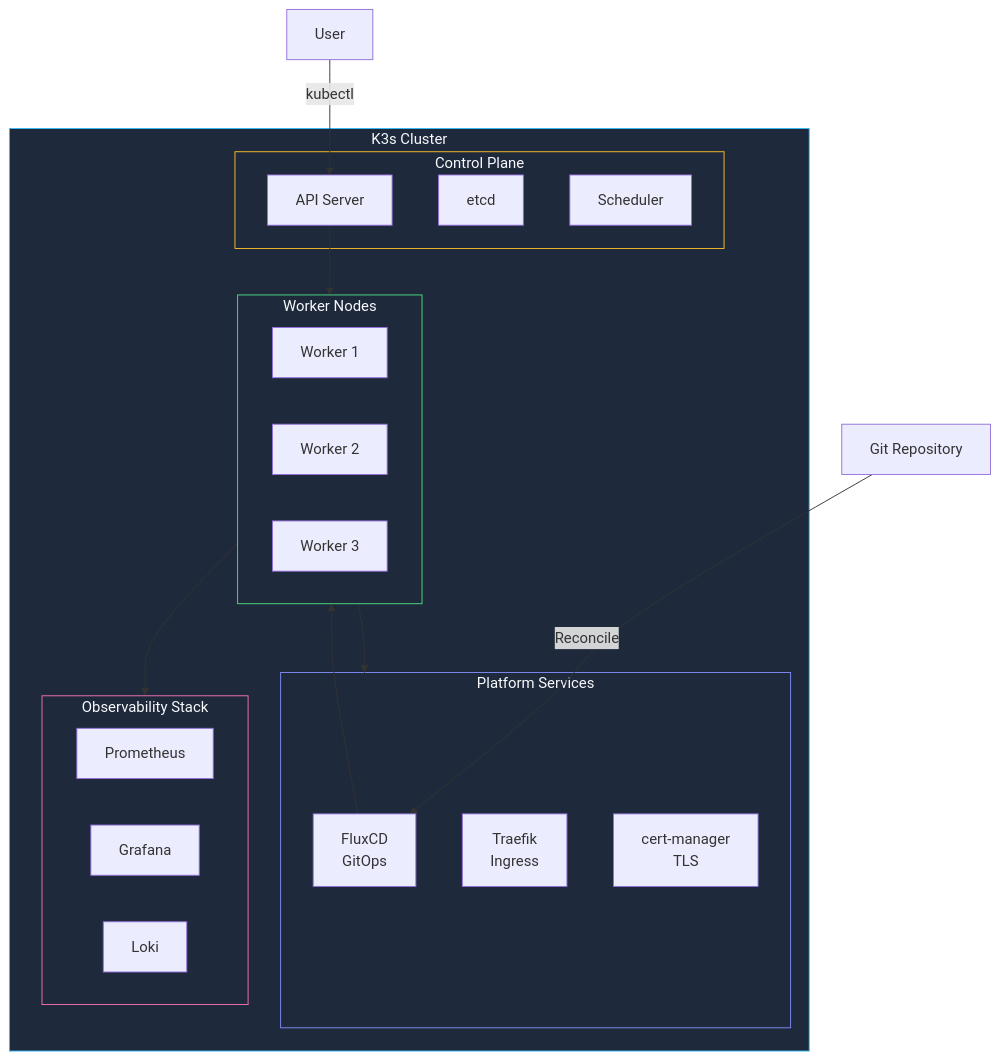
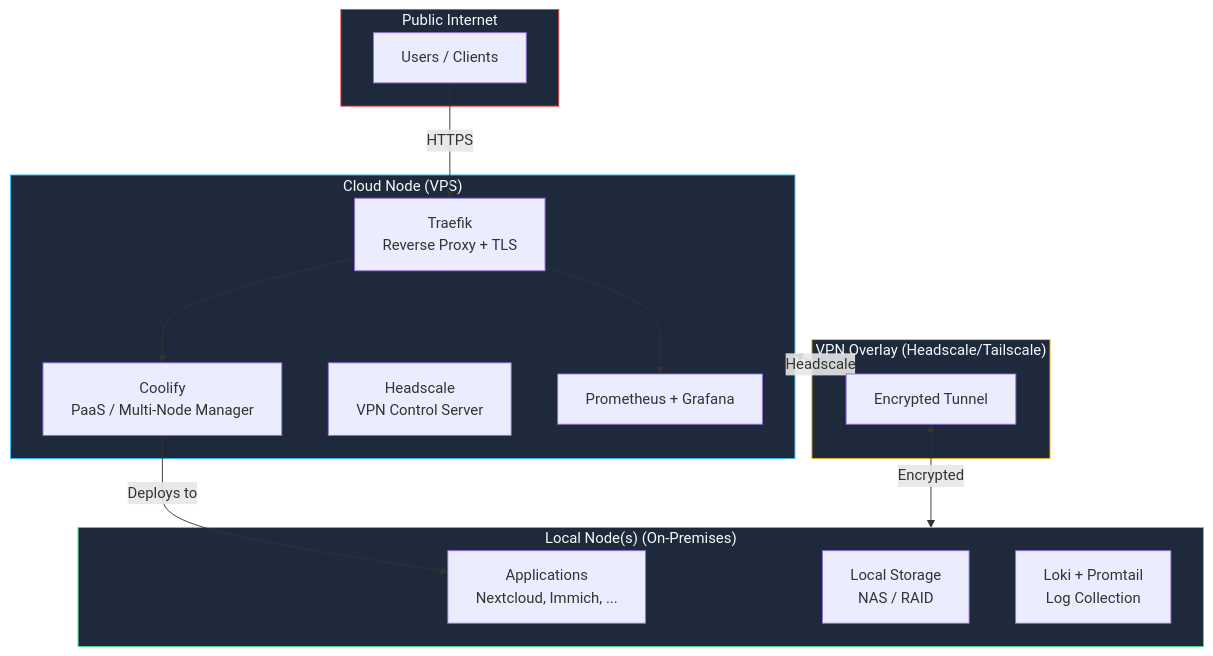
One commit to KombiverseLabs/docs changed the first of 3 diagrams in stackkits/kits/modern-homelab.mdx. Above: the diagram before and after it, drawn with Mermaid. The commit also changed other lines of this file and 35 other files, not shown here.

````diff
--- a/stackkits/kits/modern-homelab.mdx
+++ b/stackkits/kits/modern-homelab.mdx
@@ -13,44 +17,35 @@
 ```mermaid
 graph TB
-    subgraph Cluster["K3s Cluster"]
-        subgraph CP["Control Plane"]
-            API["API Server"]
-            ETCD["etcd"]
-            Sched["Scheduler"]
-        end
-        
-        subgraph Workers["Worker Nodes"]
-            W1["Worker 1"]
-            W2["Worker 2"]
-            W3["Worker 3"]
-        end
-        
-        subgraph Platform["Platform Services"]
-            Flux["FluxCD<br/>GitOps"]
-            Traefik["Traefik<br/>Ingress"]
-            Cert["cert-manager<br/>TLS"]
-        end
-        
-        subgraph Observability["Observability Stack"]
-            Prom["Prometheus"]
-            Graf["Grafana"]
-            Loki["Loki"]
-        end
+    subgraph Internet["Public Internet"]
+        Users["Users / Clients"]
     end
-    
-    Git["Git Repository"]
-    User["User"]
-    
-    Git -->|Reconcile| Flux
-    Flux --> Workers
-    User -->|kubectl| API
-    API --> Workers
-    Workers --> Platform
-    Workers --> Observability
-    
-    style Cluster fill:#1e293b,stroke:#38bdf8,color:#f8fafc
-    style CP fill:#1e293b,stroke:#fbbf24,color:#f8fafc
-    style Workers fill:#1e293b,stroke:#4ade80,color:#f8fafc
-    style Platform fill:#1e293b,stroke:#818cf8,color:#f8fafc
-    style Observability fill:#1e293b,stroke:#f472b6,color:#f8fafc
+
+    subgraph Cloud["Cloud Node (VPS)"]
+        Traefik["Traefik<br/>Reverse Proxy + TLS"]
+        Coolify["Coolify<br/>PaaS / Multi-Node Manager"]
+        Headscale["Headscale<br/>VPN Control Server"]
+        MonCloud["Prometheus + Grafana"]
+    end
+
+    subgraph VPN["VPN Overlay (Headscale/Tailscale)"]
+        Tunnel["Encrypted Tunnel"]
+    end
+
+    subgraph Local["Local Node(s) (On-Premises)"]
+        Apps["Applications<br/>Nextcloud, Immich, ..."]
+        Storage["Local Storage<br/>NAS / RAID"]
+        Loki["Loki + Promtail<br/>Log Collection"]
+    end
+
+    Users -->|HTTPS| Traefik
+    Traefik --> Coolify
+    Traefik --> MonCloud
+    Cloud <-->|Headscale| Tunnel
+    Tunnel <-->|Encrypted| Local
+    Coolify -->|Deploys to| Apps
+
+    style Internet fill:#1e293b,stroke:#ef4444,color:#f8fafc
+    style Cloud fill:#1e293b,stroke:#38bdf8,color:#f8fafc
+    style VPN fill:#1e293b,stroke:#fbbf24,color:#f8fafc
+    style Local fill:#1e293b,stroke:#4ade80,color:#f8fafc
 ```
````
